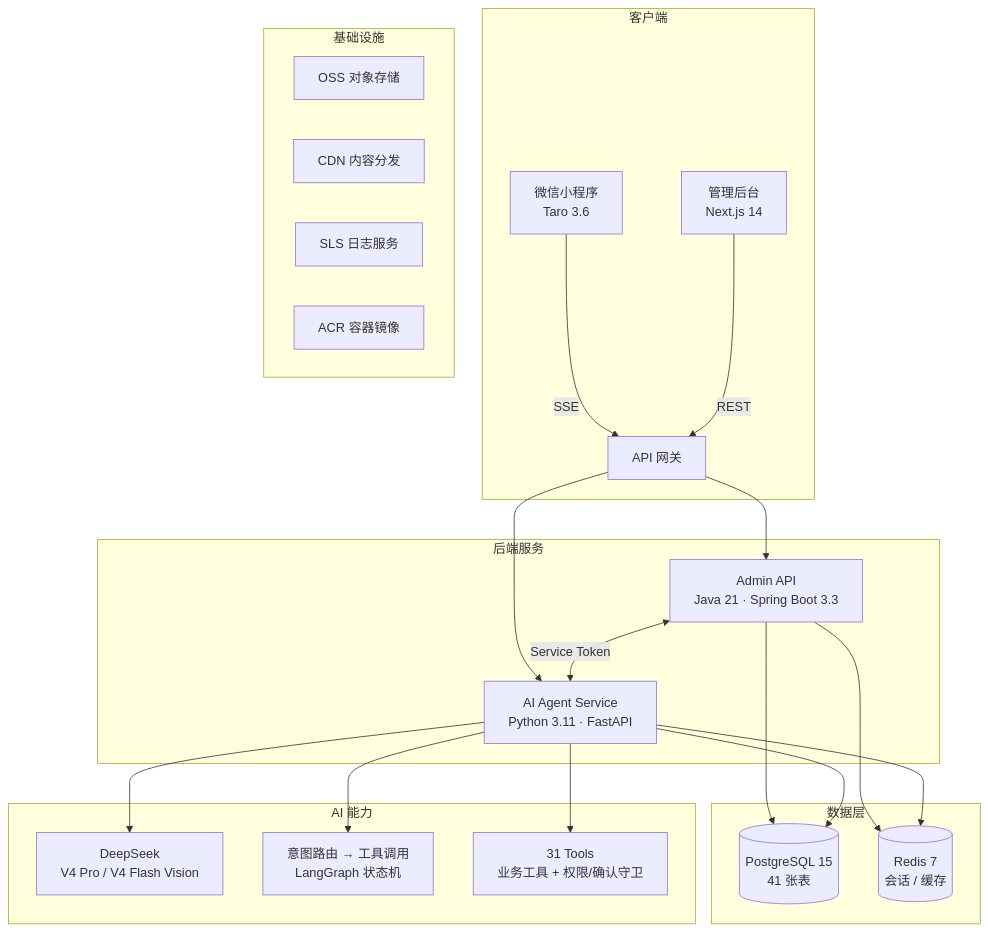
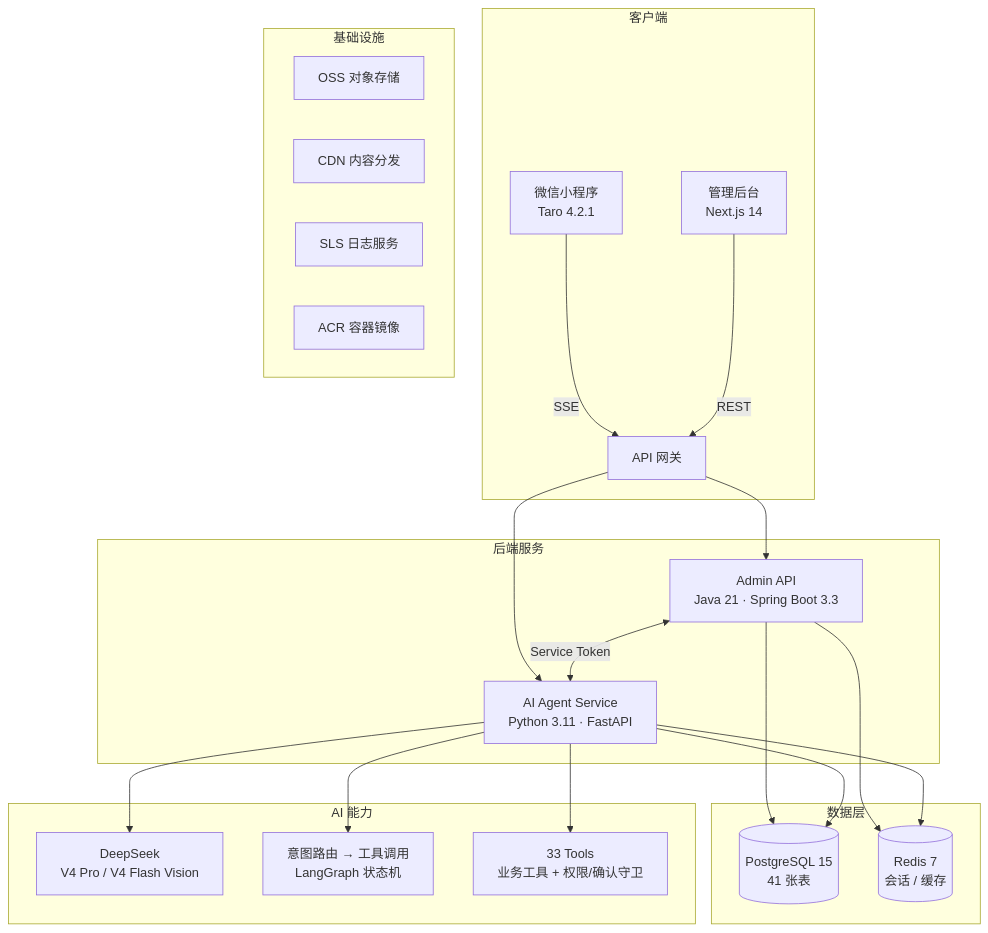
The diagram in README.md (zhaokai-mgzn/migao), drawn with Mermaid before and after one commit. The commit also changed other lines of this file and 2 other files, not shown here.

````diff
--- a/README.md
+++ b/README.md
@@ -22,33 +22,33 @@
 ```mermaid
 graph TB
     subgraph 客户端
-        A[微信小程序<br/>Taro 3.6] --> |SSE| GW[API 网关]
+        A[微信小程序<br/>Taro 4.2.1] --> |SSE| GW[API 网关]
         B[管理后台<br/>Next.js 14] --> |REST| GW
     end
 
     subgraph 后端服务
         GW --> C[Admin API<br/>Java 21 · Spring Boot 3.3]
         GW --> D[AI Agent Service<br/>Python 3.11 · FastAPI]
         C <--> |Service Token| D
     end
 
     subgraph 数据层
         C --> E[(PostgreSQL 15<br/>41 张表)]
         C --> F[(Redis 7<br/>会话 / 缓存)]
         D --> E
         D --> F
     end
 
     subgraph AI 能力
         D --> H[DeepSeek<br/>V4 Pro / V4 Flash Vision]
         D --> I[意图路由 → 工具调用<br/>LangGraph 状态机]
-        D --> J[31 Tools<br/>业务工具 + 权限/确认守卫]
+        D --> J[33 Tools<br/>业务工具 + 权限/确认守卫]
     end
 
     subgraph 基础设施
         K[OSS 对象存储]
         L[CDN 内容分发]
         M[SLS 日志服务]
         N[ACR 容器镜像]
     end
 ```
````
